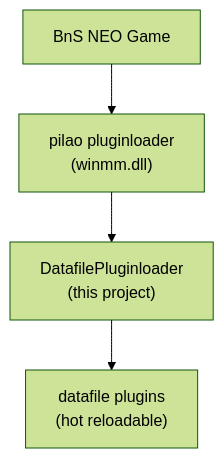
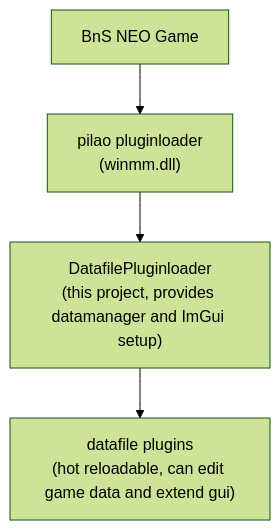
One commit to leanleon93/BnsPlugin_DatafilePluginloader changed the diagram in README.md. Above: the diagram before and after it, drawn with Mermaid (forest theme). The commit also changed other lines of this file and 1 other file, not shown here.

Commit message:
Add cute image (:

````diff
--- a/README.md
+++ b/README.md
@@ -15,6 +19,6 @@
 ```mermaid
 graph TD
     D["BnS NEO Game"] --> C["pilao pluginloader<br />(winmm.dll)"]
-    C --> B["DatafilePluginloader<br />(this project)"]
-    B --> A["datafile plugins<br />(hot reloadable)"]
+    C --> B["DatafilePluginloader<br />(this project, provides datamanager and ImGui setup)"]
+    B --> A["datafile plugins<br />(hot reloadable, can edit game data and extend gui)"]
 ```
````
